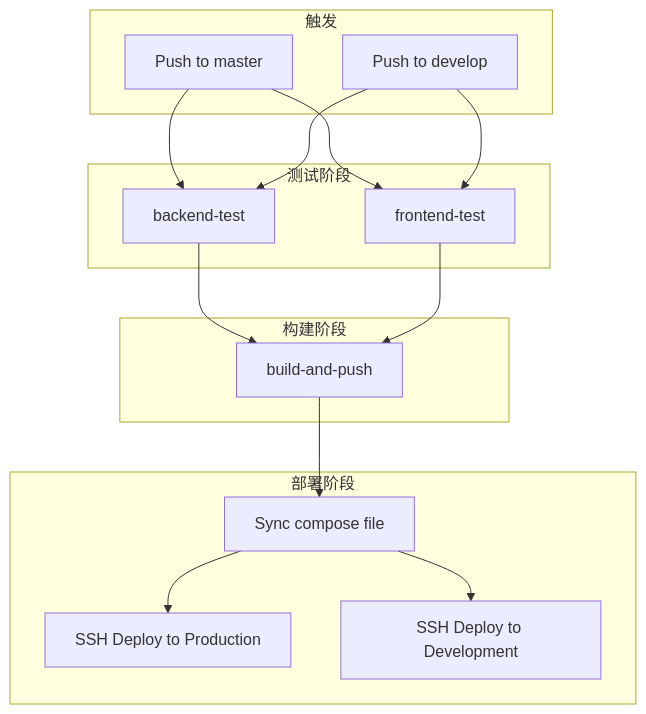
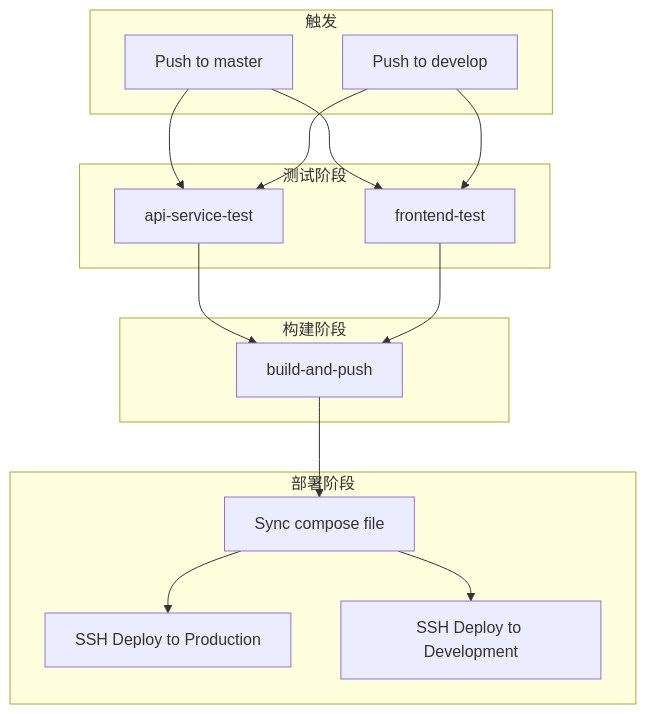
Before and after one commit to Blue-Net-Team/official-web2: the diagram in docs/自动部署配置指南.md, drawn with Mermaid. The commit also changed other lines of this file and 3 other files, not shown here.

````diff
--- a/docs/自动部署配置指南.md
+++ b/docs/自动部署配置指南.md
@@ -7,32 +7,32 @@
 ```mermaid
 flowchart TD
     subgraph 触发
         A[Push to master] 
         G[Push to develop]
     end
 
     subgraph 测试阶段
-        B[backend-test]
+        B[api-service-test]
         C[frontend-test]
     end
 
     subgraph 构建阶段
         D[build-and-push]
     end
 
     subgraph 部署阶段
         E[Sync compose file]
         F[SSH Deploy to Production]
         H[SSH Deploy to Development]
     end
 
     A --> B
     A --> C
     G --> B
     G --> C
     B --> D
     C --> D
     D --> E
     E --> F
     E --> H
 ```
````
